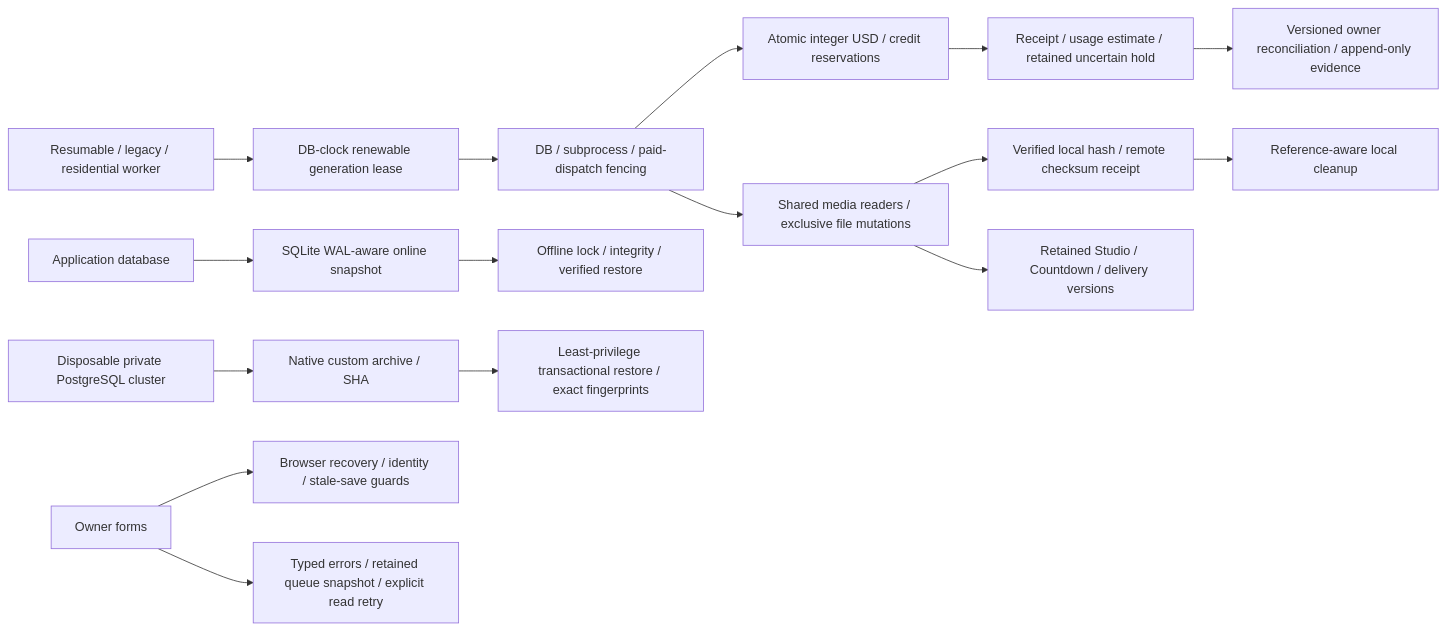
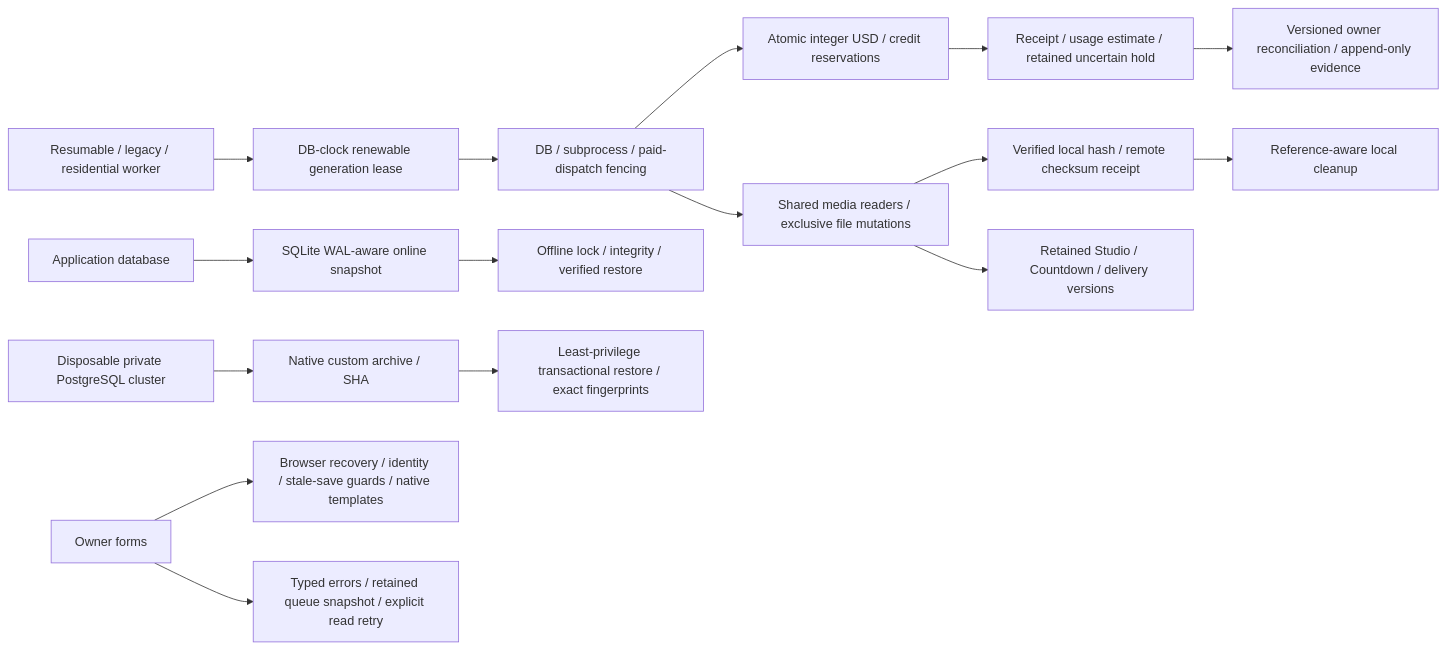
Before and after one commit to qwazi12/scrapper: the third of 4 diagrams in docs/implementation/ARCHITECTURE_CHECKPOINT.md, drawn with Mermaid. The commit also changed 13 other files, not shown here.

Commit message:
Recover native treatment drafts without stale research or late-response data loss

````diff
--- a/docs/implementation/ARCHITECTURE_CHECKPOINT.md
+++ b/docs/implementation/ARCHITECTURE_CHECKPOINT.md
@@ -81,18 +81,18 @@
 ```mermaid
 flowchart LR
   JOB[Resumable / legacy / residential worker] --> LEASE[DB-clock renewable generation lease]
   LEASE --> FENCE[DB / subprocess / paid-dispatch fencing]
   FENCE --> HOLD[Atomic integer USD / credit reservations]
   HOLD --> USAGE[Receipt / usage estimate / retained uncertain hold]
   USAGE --> FINANCE[Versioned owner reconciliation / append-only evidence]
   FENCE --> FILE[Shared media readers / exclusive file mutations]
   FILE --> COPY[Verified local hash / remote checksum receipt]
   COPY --> CLEANUP[Reference-aware local cleanup]
   FILE --> VERSION[Retained Studio / Countdown / delivery versions]
   DB[Application database] --> SNAP[SQLite WAL-aware online snapshot]
   SNAP --> RESTORE[Offline lock / integrity / verified restore]
   PG[Disposable private PostgreSQL cluster] --> DUMP[Native custom archive / SHA]
   DUMP --> PGRESTORE[Least-privilege transactional restore / exact fingerprints]
-  UI[Owner forms] --> DRAFT[Browser recovery / identity / stale-save guards]
+  UI[Owner forms] --> DRAFT[Browser recovery / identity / stale-save guards / native templates]
   UI --> READ[Typed errors / retained queue snapshot / explicit read retry]
 ```
````
